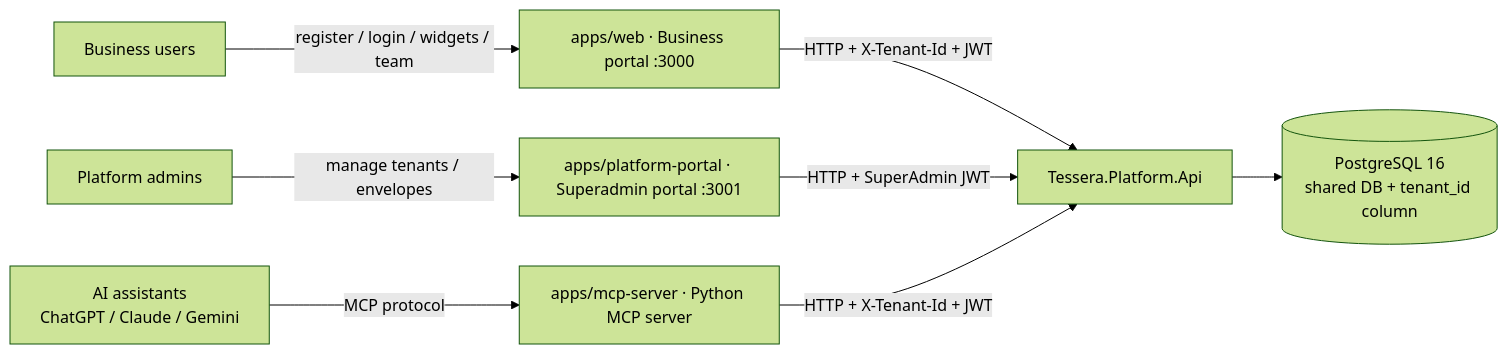
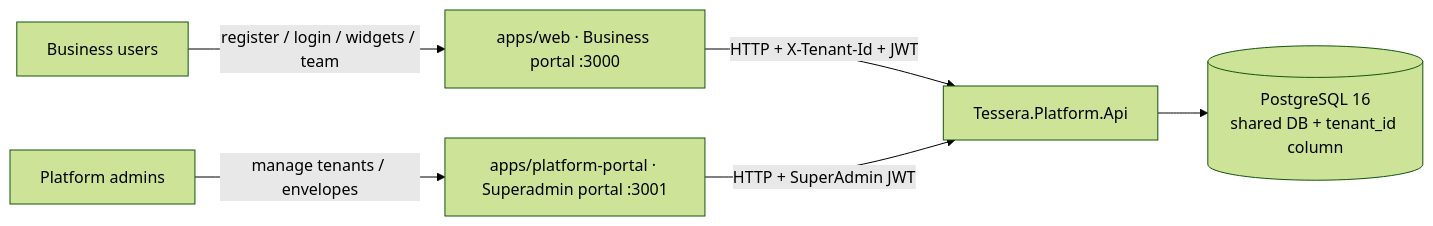
One commit to Haskeeb265/Tessra changed the first of 9 diagrams in docs/ARCHITECTURE.md. Above: the diagram before and after it, drawn with Mermaid (forest theme). The commit also changed other lines of this file and 24 other files, not shown here.

````diff
--- a/docs/ARCHITECTURE.md
+++ b/docs/ARCHITECTURE.md
@@ -22,10 +17,8 @@
 ```mermaid
 flowchart LR
     BU[Business users] -->|register / login / widgets / team| WEB["apps/web · Business portal :3000"]
     SA[Platform admins] -->|manage tenants / envelopes| PP["apps/platform-portal · Superadmin portal :3001"]
     WEB -->|HTTP + X-Tenant-Id + JWT| API["Tessera.Platform.Api"]
     PP -->|HTTP + SuperAdmin JWT| API
     API --> DB[("PostgreSQL 16<br/>shared DB + tenant_id column")]
-    AI[AI assistants<br/>ChatGPT / Claude / Gemini] -->|MCP protocol| MCP["apps/mcp-server · Python MCP server"]
-    MCP -->|HTTP + X-Tenant-Id + JWT| API
 ```
````
